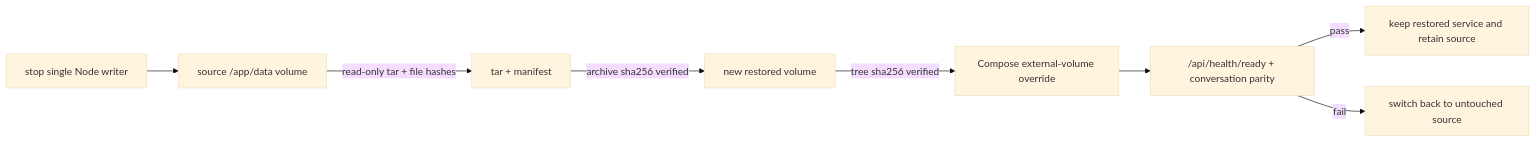
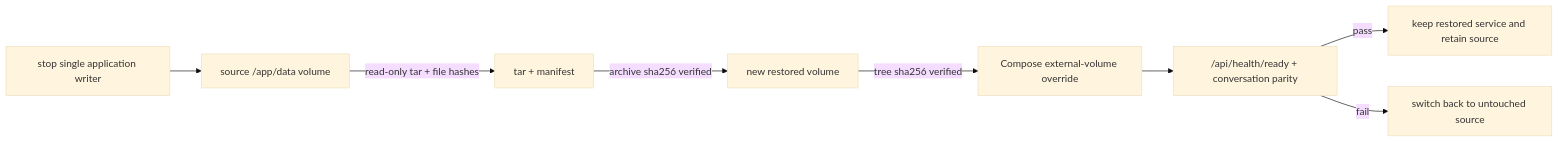
Before and after one commit to imingsmings/chatbot-dev: the fourth of 9 diagrams in docs/architecture.md, drawn with Mermaid (base theme). The commit also changed other lines of this file and 158 other files, not shown here.

````diff
--- a/docs/architecture.md
+++ b/docs/architecture.md
@@ -197,10 +197,10 @@
 ```mermaid
 flowchart LR
-  Stop["stop single Node writer"] --> Source["source /app/data volume"]
+  Stop["stop single application writer"] --> Source["source /app/data volume"]
   Source -->|"read-only tar + file hashes"| Backup["tar + manifest"]
   Backup -->|"archive sha256 verified"| NewVolume["new restored volume"]
   NewVolume -->|"tree sha256 verified"| Switch["Compose external-volume override"]
   Switch --> Health["/api/health/ready + conversation parity"]
   Health -->|"pass"| Keep["keep restored service and retain source"]
   Health -->|"fail"| Rollback["switch back to untouched source"]
 ```
````
